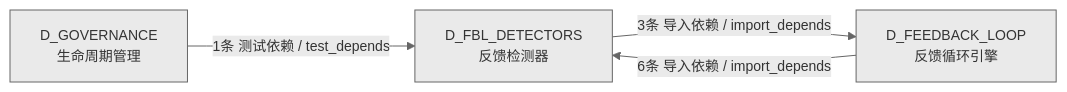
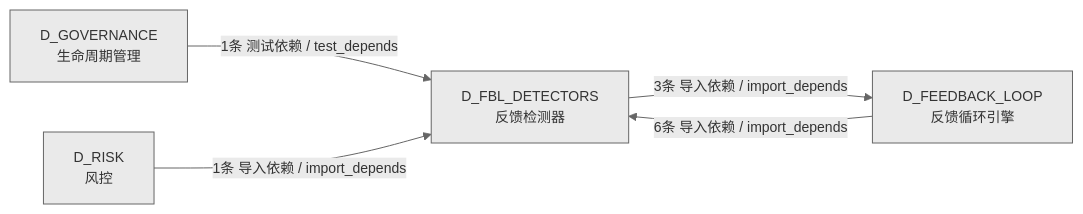
The third of 3 diagrams in docs/02_enterprise_architecture/02_domain_architecture_docs/15_d_fbl_detectors.md (xuanFelixVan/ZephyrAlpha), drawn with Mermaid before and after one commit. The commit also changed other lines of this file and 50 other files, not shown here.

````diff
--- a/docs/02_enterprise_architecture/02_domain_architecture_docs/15_d_fbl_detectors.md
+++ b/docs/02_enterprise_architecture/02_domain_architecture_docs/15_d_fbl_detectors.md
@@ -388,10 +391,12 @@
 ```mermaid
 %%{init: {'theme': 'base', 'themeVariables': {'primaryColor': '#eaeaea', 'primaryTextColor': '#333333', 'primaryBorderColor': '#666666', 'lineColor': '#666666', 'secondaryColor': '#eaeaea', 'tertiaryColor': '#eaeaea', 'fontSize': '14px'}}}%%
 graph LR
     D_FBL_DETECTORS["D_FBL_DETECTORS<br/>反馈检测器"]
     D_FEEDBACK_LOOP["D_FEEDBACK_LOOP<br/>反馈循环引擎"]
     D_GOVERNANCE["D_GOVERNANCE<br/>生命周期管理"]
+    D_RISK["D_RISK<br/>风控"]
     D_FBL_DETECTORS -->|3条 导入依赖 / import_depends| D_FEEDBACK_LOOP
     D_FEEDBACK_LOOP -->|6条 导入依赖 / import_depends| D_FBL_DETECTORS
     D_GOVERNANCE -->|1条 测试依赖 / test_depends| D_FBL_DETECTORS
+    D_RISK -->|1条 导入依赖 / import_depends| D_FBL_DETECTORS
 ```
````
